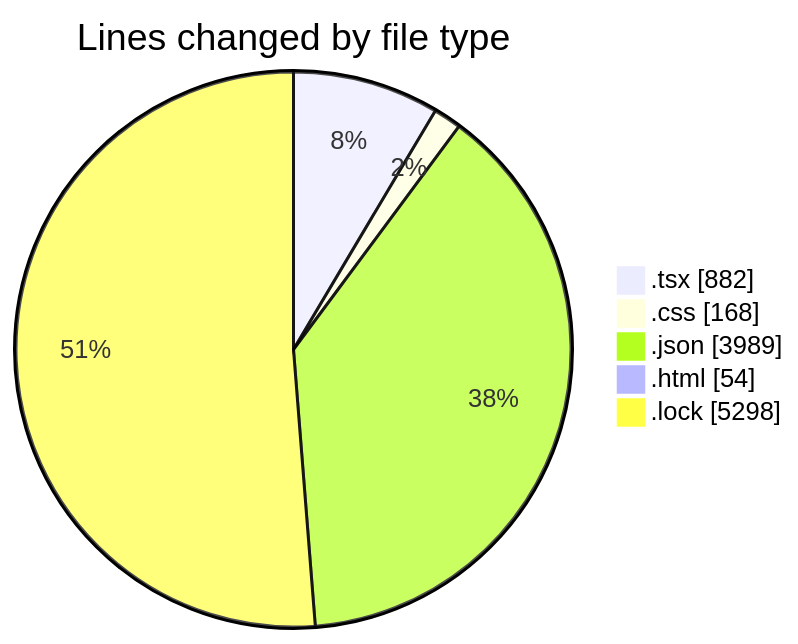
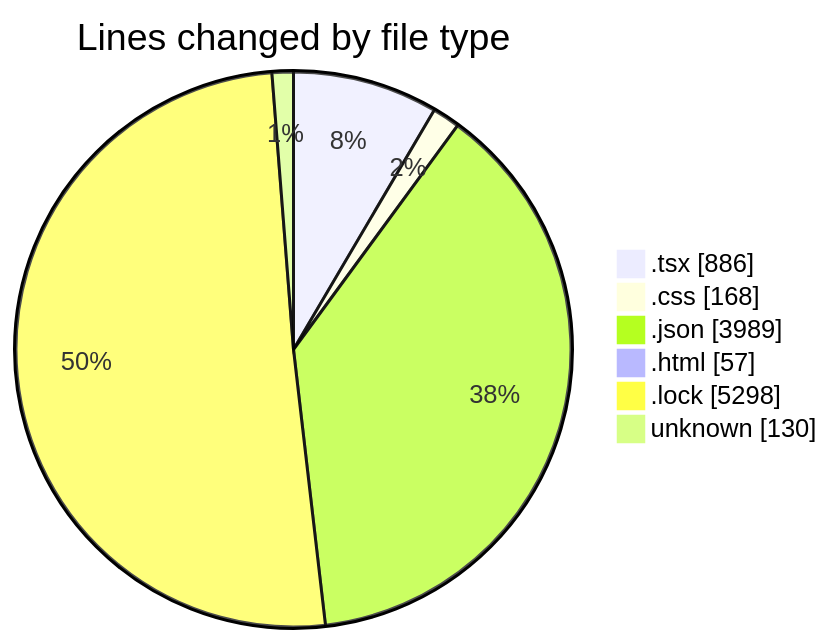
Before and after one commit to EIIisD/code-tracking: the first of 2 diagrams in 2025-08-12/ribbon/README.md, drawn with Mermaid. The commit also changed other lines of this file and 1 other file, not shown here.

````diff
--- a/2025-08-12/ribbon/README.md
+++ b/2025-08-12/ribbon/README.md
@@ -33,9 +34,10 @@
 ```mermaid
 pie showData
 title Lines changed by file type
-".tsx" : 882
+".tsx" : 886
 ".css" : 168
 ".json" : 3989
-".html" : 54
+".html" : 57
 ".lock" : 5298
+"unknown" : 130
 ```
````
